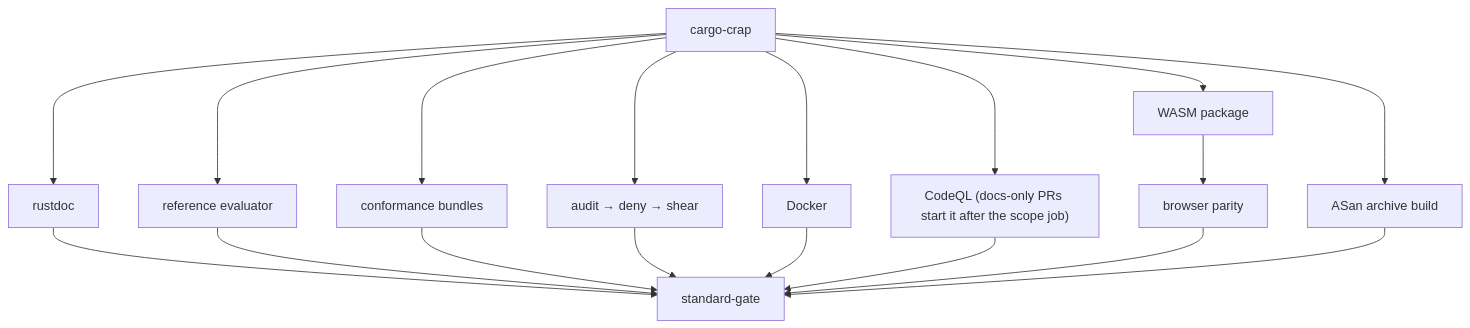
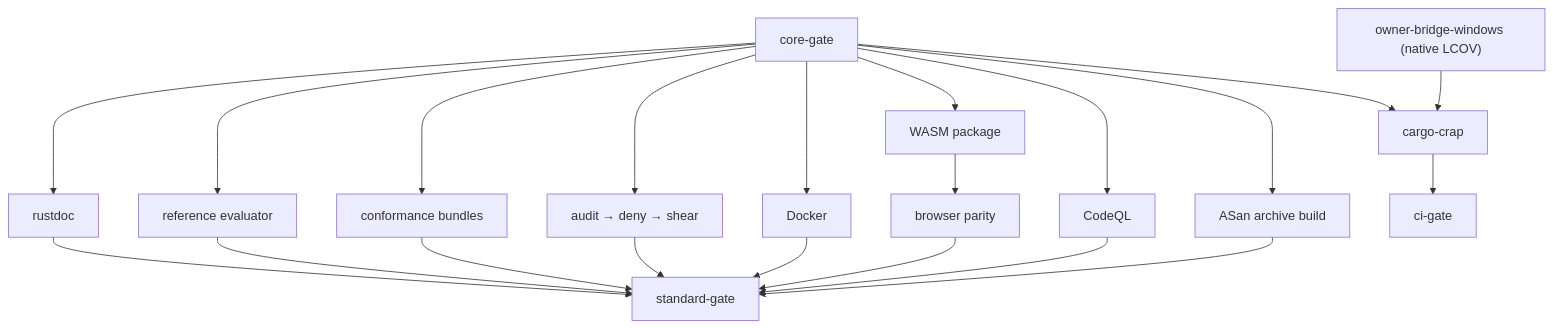
Before and after one commit to arceushui/pigloros: the eighth of 14 diagrams in CONTRIBUTING.md, drawn with Mermaid. The commit also changed other lines of this file and 6 other files, not shown here.

First line of the commit message:
ci: require cargo-crap at ci-gate so mutation and ASan do not wait for the Windows lane (#535)

````diff
--- a/CONTRIBUTING.md
+++ b/CONTRIBUTING.md
@@ -250,20 +253,23 @@
 ```mermaid
 flowchart TD
-    CR["cargo-crap"] --> D["rustdoc"]
-    CR --> E["reference evaluator"]
-    CR --> B["conformance bundles"]
-    CR --> P["audit → deny → shear"]
-    CR --> X["Docker"]
-    CR --> W["WASM package"]
-    CR --> Q["CodeQL (docs-only PRs start it after the scope job)"]
-    CR --> AB["ASan archive build"]
+    CG["core-gate"] --> D["rustdoc"]
+    CG --> E["reference evaluator"]
+    CG --> B["conformance bundles"]
+    CG --> P["audit → deny → shear"]
+    CG --> X["Docker"]
+    CG --> W["WASM package"]
+    CG --> Q["CodeQL"]
+    CG --> AB["ASan archive build"]
+    CG --> CR["cargo-crap"]
+    OW["owner-bridge-windows (native LCOV)"] --> CR
+    CR --> CI["ci-gate"]
     W --> BP["browser parity"]
     D --> G["standard-gate"]
     E --> G
     B --> G
     P --> G
     X --> G
     Q --> G
     BP --> G
     AB --> G
 ```
````
